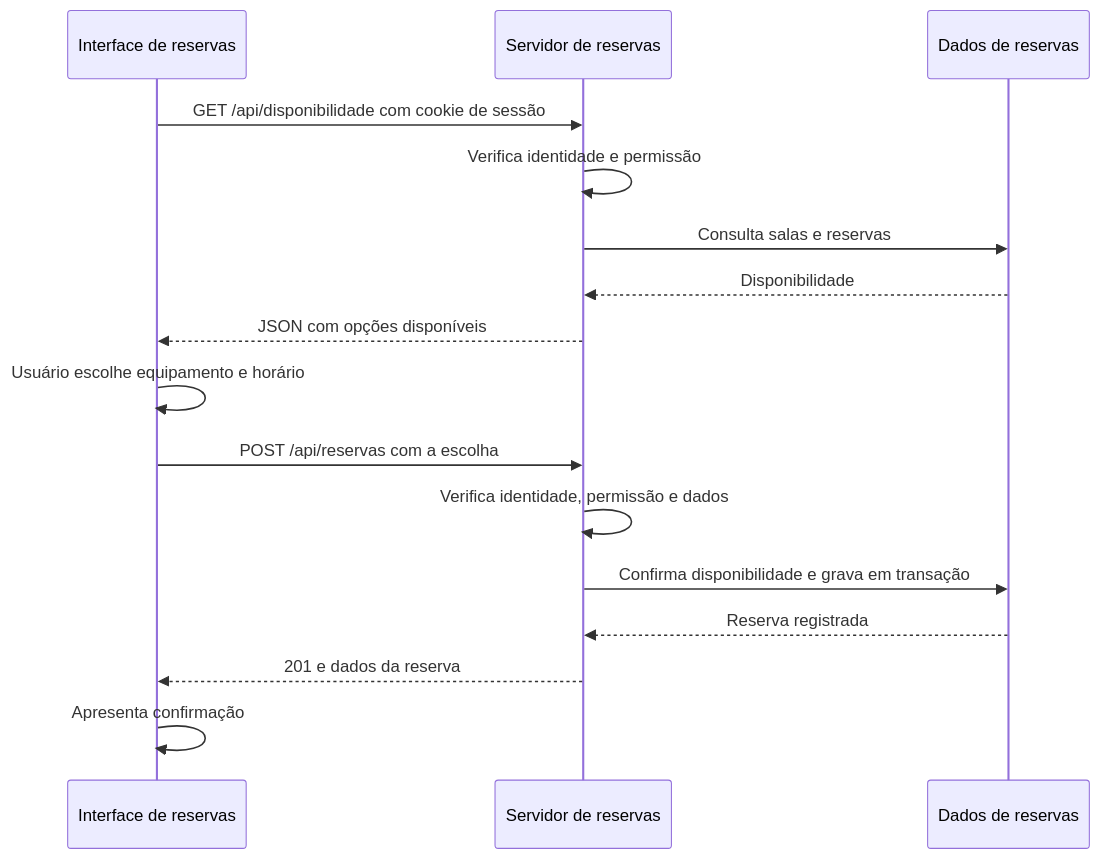
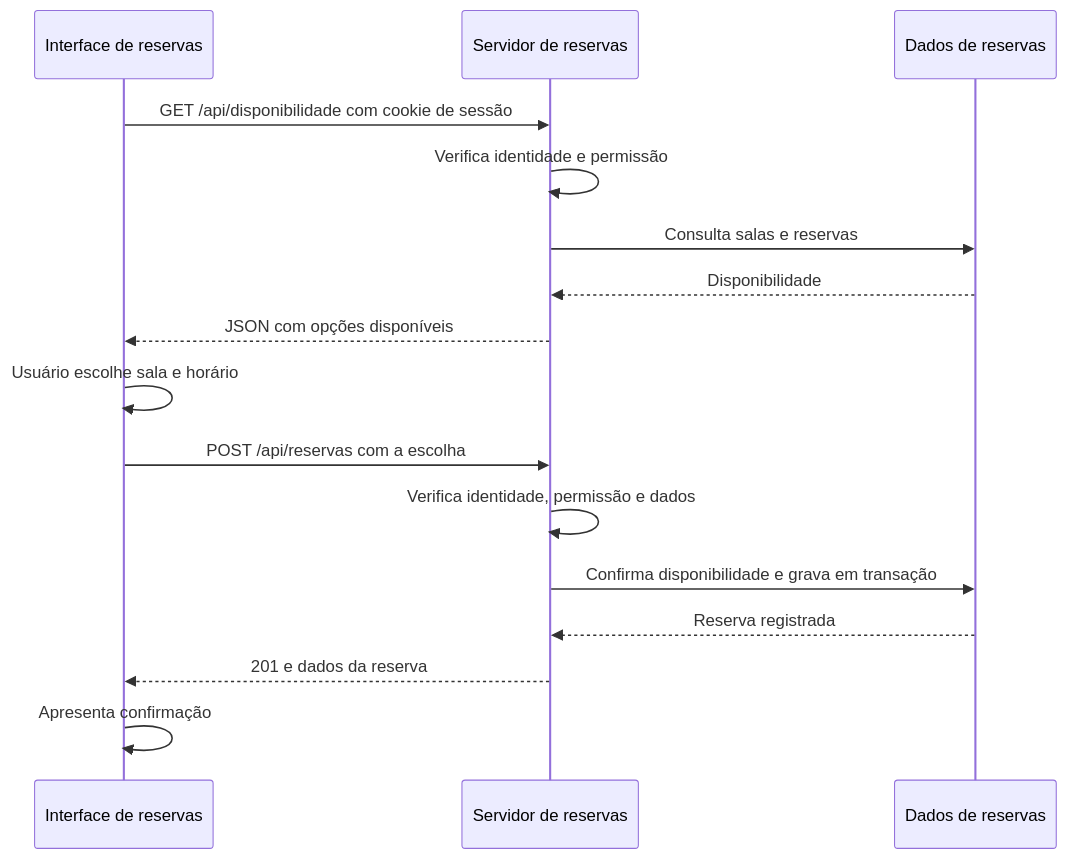
Before and after one commit to AndreaInfUFSM/elc1090-2026b: the ninth of 13 diagrams in classes/27/README.md, drawn with Mermaid. The commit also changed other lines of this file, not shown here.

Commit message:
Update class 27

````diff
--- a/classes/27/README.md
+++ b/classes/27/README.md
@@ -320,18 +320,18 @@
 ```mermaid @mermaid
 sequenceDiagram
     participant F as Interface de reservas
     participant A as Servidor de reservas
     participant D as Dados de reservas
     F->>A: GET /api/disponibilidade com cookie de sessão
     A->>A: Verifica identidade e permissão
     A->>D: Consulta salas e reservas
     D-->>A: Disponibilidade
     A-->>F: JSON com opções disponíveis
-    F->>F: Usuário escolhe equipamento e horário
+    F->>F: Usuário escolhe sala e horário
     F->>A: POST /api/reservas com a escolha
     A->>A: Verifica identidade, permissão e dados
     A->>D: Confirma disponibilidade e grava em transação
     D-->>A: Reserva registrada
     A-->>F: 201 e dados da reserva
     F->>F: Apresenta confirmação
 ```
````
